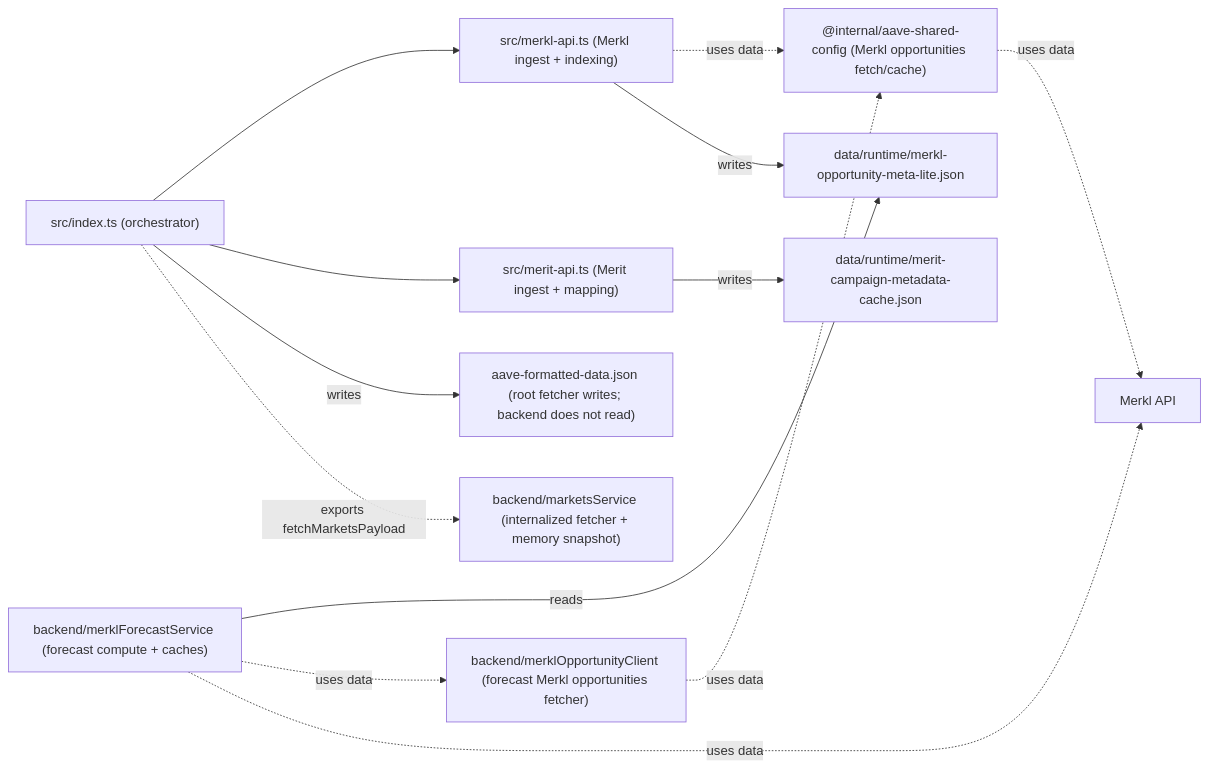
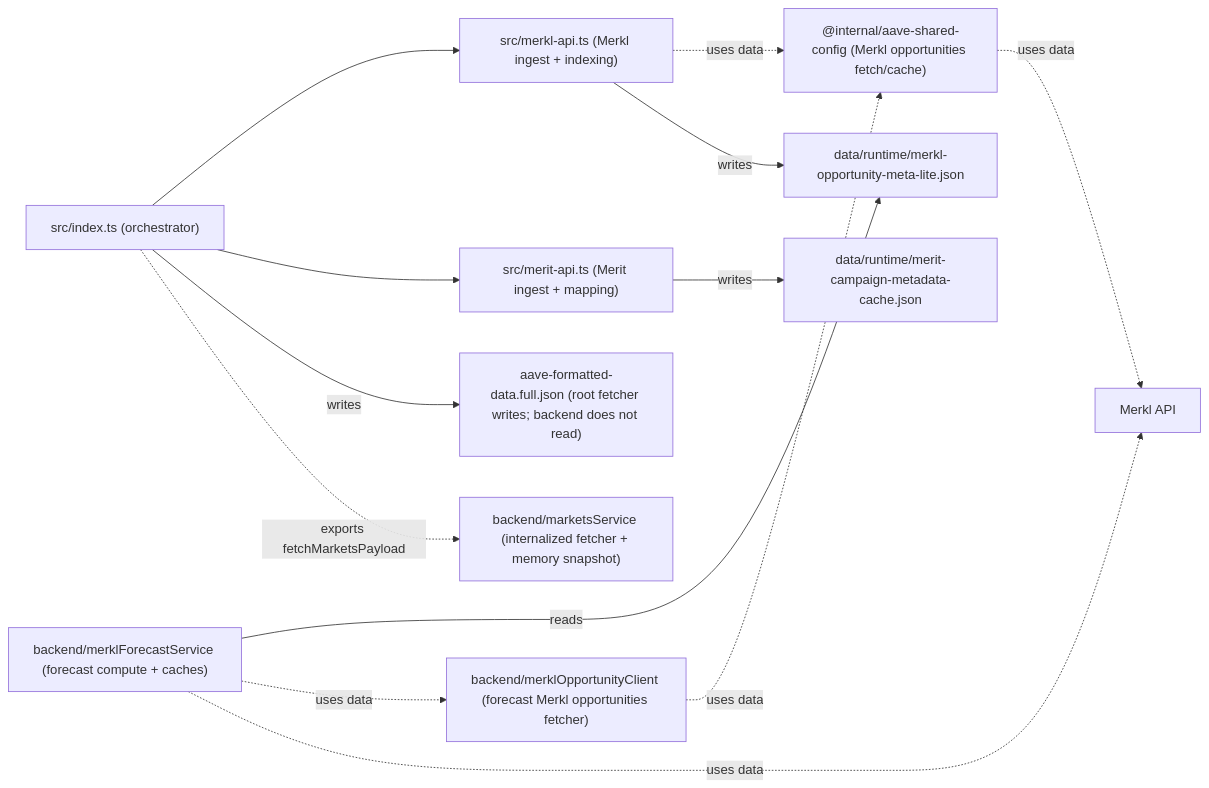
Before and after one commit to 0xPabloLI/aave-protocol-analysis: the first of 7 diagrams in docs/merkl-merit-cache-architecture.md, drawn with Mermaid. The commit also changed other lines of this file and 8 other files, not shown here.

Commit message:
chore: classify aave-formatted output as debug artifact

````diff
--- a/docs/merkl-merit-cache-architecture.md
+++ b/docs/merkl-merit-cache-architecture.md
@@ -19,28 +19,28 @@
 ```mermaid
 flowchart LR
   IDX["src/index.ts (orchestrator)"]
   MERKL["src/merkl-api.ts (Merkl ingest + indexing)"]
   MERIT["src/merit-api.ts (Merit ingest + mapping)"]
   SHARED["@internal/aave-shared-config (Merkl opportunities fetch/cache)"]
   MKS["backend/marketsService (internalized fetcher + memory snapshot)"]
   FCS["backend/merklForecastService (forecast compute + caches)"]
   MOC["backend/merklOpportunityClient (forecast Merkl opportunities fetcher)"]
   MKLITE["data/runtime/merkl-opportunity-meta-lite.json"]
-  MARKETS["aave-formatted-data.json (root fetcher writes; backend does not read)"]
+  MARKETS["aave-formatted-data.full.json (root fetcher writes; backend does not read)"]
   TIMER["data/runtime/merit-campaign-metadata-cache.json"]
   MERKLAPI["Merkl API"]
 
   IDX --> MERKL
   IDX --> MERIT
   MERKL -. "uses data" .-> SHARED
   SHARED -. "uses data" .-> MERKLAPI
   MERKL -- "writes" --> MKLITE
-  IDX -- "writes" --> MARKETS
+   IDX -- "writes" --> MARKETS
   MERIT -- "writes" --> TIMER
 
   IDX -. "exports fetchMarketsPayload" .-> MKS
   FCS -- "reads" --> MKLITE
   FCS -. "uses data" .-> MOC
   MOC -. "uses data" .-> SHARED
   FCS -. "uses data" .-> MERKLAPI
 ```
````
